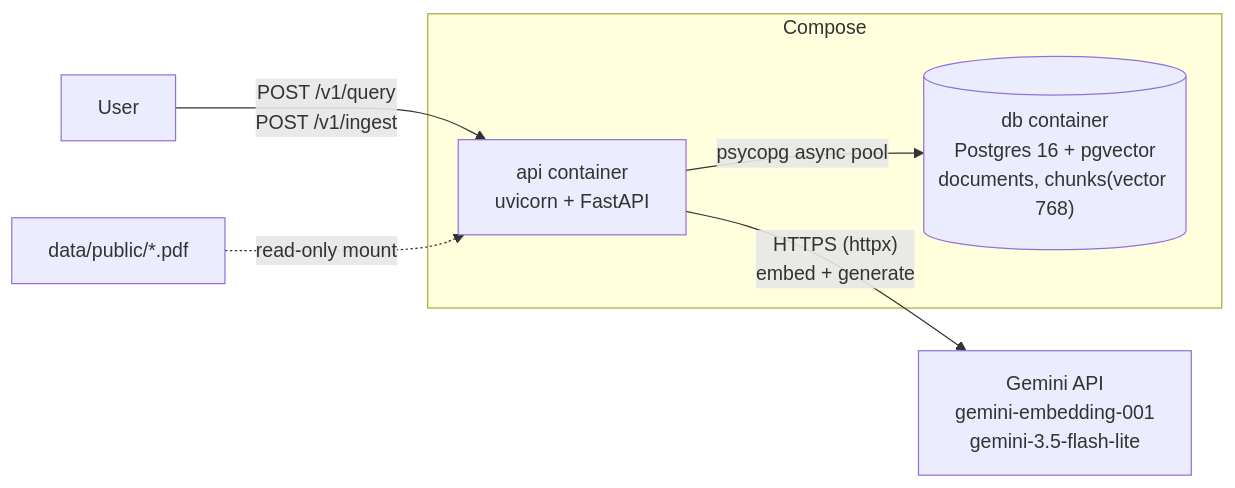
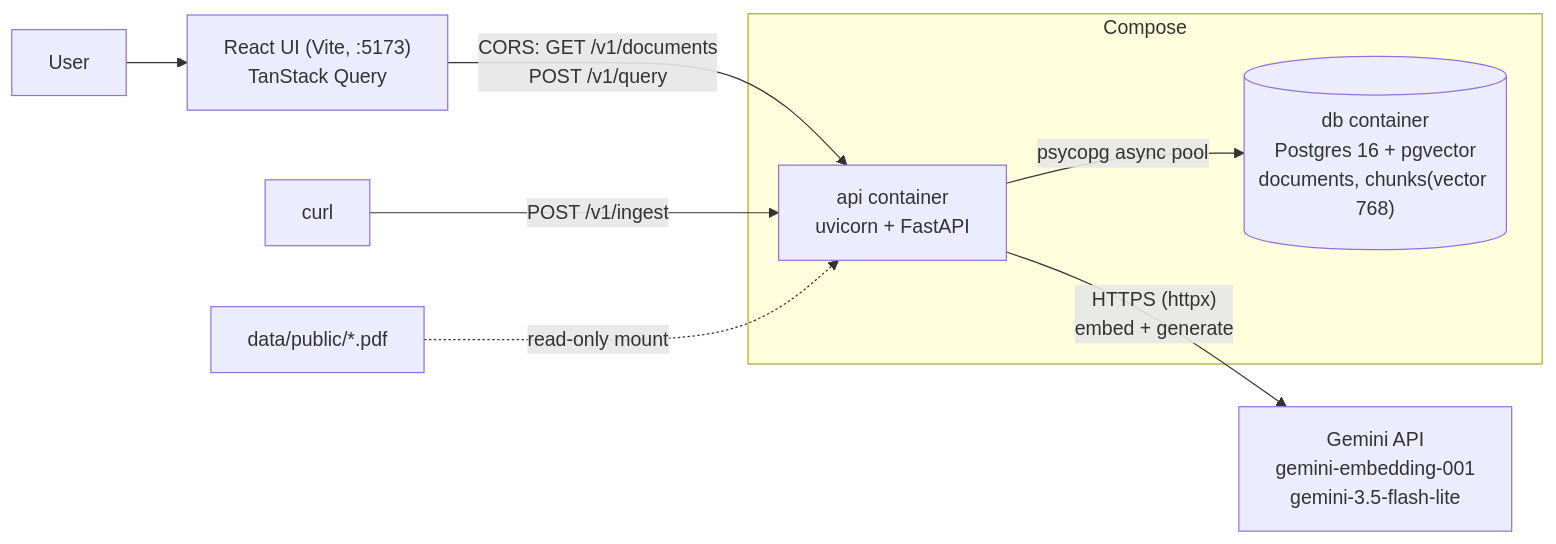
One commit to AMahdy98/specseek changed the diagram in docs/INTERVIEW.md. Above: the diagram before and after it, drawn with Mermaid. The commit also changed other lines of this file and 2 other files, not shown here.

````diff
--- a/docs/INTERVIEW.md
+++ b/docs/INTERVIEW.md
@@ -32,11 +35,13 @@
 ```mermaid
 flowchart LR
-  User -->|"POST /v1/query<br/>POST /v1/ingest"| API
+  User --> UI["React UI (Vite, :5173)<br/>TanStack Query"]
+  UI -->|"CORS: GET /v1/documents<br/>POST /v1/query"| API
+  Operator["curl"] -->|"POST /v1/ingest"| API
   subgraph Compose
     API["api container<br/>uvicorn + FastAPI"]
     DB[("db container<br/>Postgres 16 + pgvector<br/>documents, chunks(vector 768)")]
     API -->|"psycopg async pool"| DB
   end
   API -->|"HTTPS (httpx)<br/>embed + generate"| Gemini["Gemini API<br/>gemini-embedding-001<br/>gemini-3.5-flash-lite"]
   PDFs["data/public/*.pdf"] -.->|"read-only mount"| API
 ```
````
